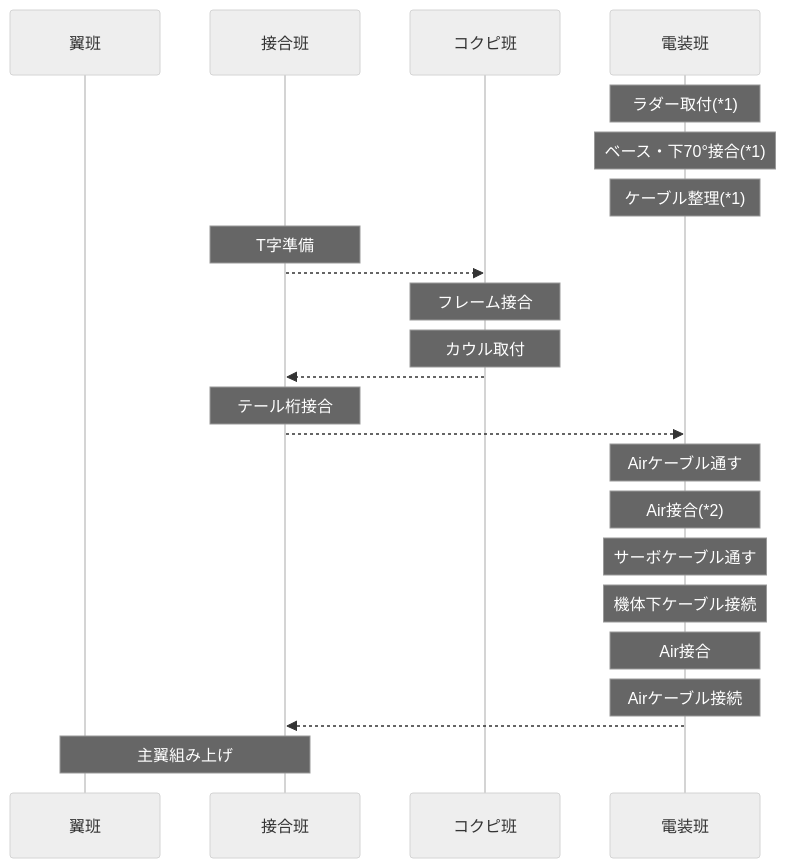
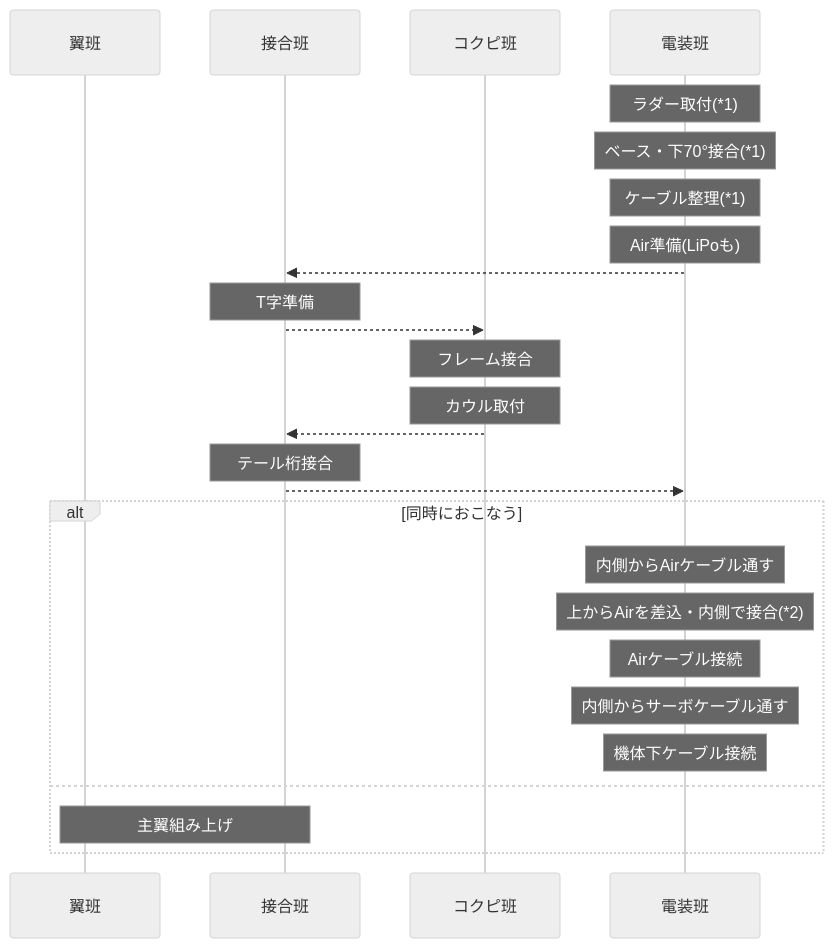
Before and after one commit to torica-org/electronics-blog: the third of 6 diagrams in docs/works/2026-avionics.md, drawn with Mermaid (neutral theme). The commit also changed other lines of this file, not shown here.

```diff
--- a/docs/works/2026-avionics.md
+++ b/docs/works/2026-avionics.md
@@ -160,26 +162,29 @@
 <pre class="mermaid" style="background-color:white;">
 sequenceDiagram
     participant wing as 翼班
     participant assem as 接合班
     participant cockpit as コクピ班
     participant elec as 電装班
 
     Note over elec: ラダー取付(*1)
     Note over elec: ベース・下70°接合(*1)
     Note over elec: ケーブル整理(*1)
+    Note over elec: Air準備(LiPoも)
+    elec -->> assem:
     Note over assem: T字準備
     assem -->> cockpit:
     Note over cockpit: フレーム接合
     Note over cockpit: カウル取付
     cockpit -->> assem:
     Note over assem: テール桁接合
     assem -->> elec:
-    Note over elec: Airケーブル通す
-    Note over elec: Air接合(*2)
-    Note over elec: サーボケーブル通す
-    Note over elec: 機体下ケーブル接続
-    Note over elec: Air接合
-    Note over elec: Airケーブル接続
-    elec -->> assem:
-    Note over wing,assem: 主翼組み上げ
+    alt 同時におこなう
+        Note over elec: 内側からAirケーブル通す
+        Note over elec: 上からAirを差込・内側で接合(*2)
+        Note over elec: Airケーブル接続
+        Note over elec: 内側からサーボケーブル通す
+        Note over elec: 機体下ケーブル接続
+    else
+        Note over wing,assem: 主翼組み上げ
+    end
 </pre>
```
